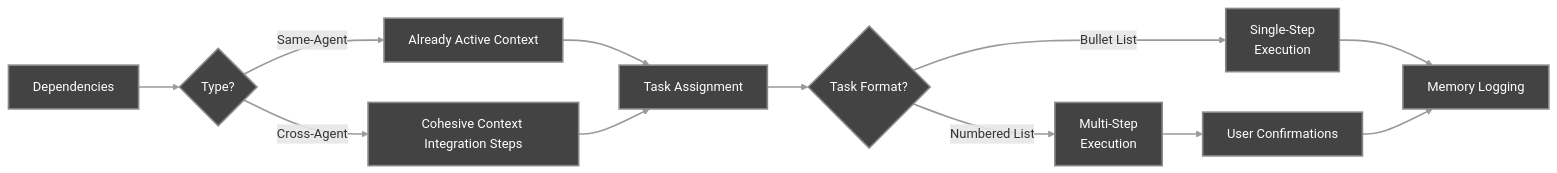
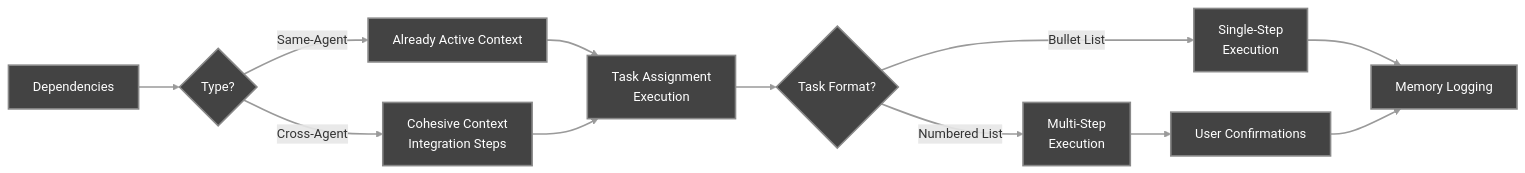
The third of 5 diagrams in docs/Workflow_Overview.md (sdi2200262/agentic-project-management), drawn with Mermaid before and after one commit. The commit also changed other lines of this file and 9 other files, not shown here.

````diff
--- a/docs/Workflow_Overview.md
+++ b/docs/Workflow_Overview.md
@@ -217,20 +217,20 @@
 ```mermaid
 graph LR
-    A[Task Assignment] --> B{Task Format?}
+    A[Task Assignment<br/>Execution] --> B{Task Format?}
     
     B -->|Bullet List| C[Single-Step<br/>Execution]
     C --> D[Memory Logging]
     
     B -->|Numbered List| E[Multi-Step<br/>Execution]
     E --> F[User Confirmations]
     F --> D
     
     G[Dependencies] --> H{Type?}
     H -->|Same-Agent| I[Already Active Context]
-    H -->|Cross-Agent| J[Cohesive Context Integration Steps]
+    H -->|Cross-Agent| J[Cohesive Context<br/>Integration Steps]
     I --> A
     J --> A
     
     classDef default fill:#434343,stroke:#888888,stroke-width:2px,color:#ffffff
     linkStyle default stroke:#9A9A9A,stroke-width:2px
 ```
````
